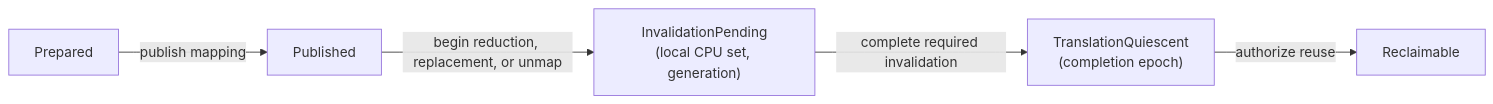
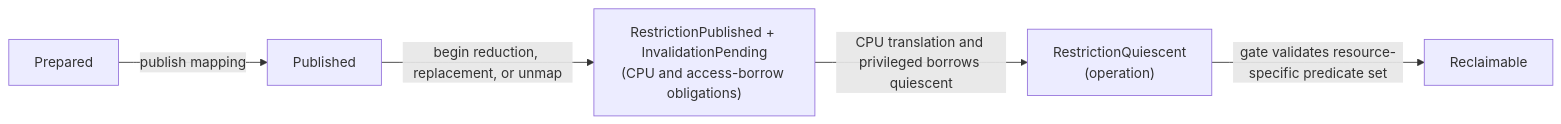
Before and after one commit to pcharbon70/atom-os-research: the second of 7 diagrams in 20-notes/kernel-hardware-and-architecture-support-layer.md, drawn with Mermaid. The commit also changed other lines of this file and 43 other files, not shown here.

Commit message:
research: deepen address translation architecture

````diff
--- a/20-notes/kernel-hardware-and-architecture-support-layer.md
+++ b/20-notes/kernel-hardware-and-architecture-support-layer.md
@@ -506,7 +508,7 @@
 ```mermaid
 flowchart LR
   prepared["Prepared"] -->|"publish mapping"| published["Published"]
-  published -->|"begin reduction, replacement, or unmap"| pending["InvalidationPending<br/>(local CPU set, generation)"]
-  pending -->|"complete required invalidation"| quiescent["TranslationQuiescent<br/>(completion epoch)"]
-  quiescent -->|"authorize reuse"| reclaimable["Reclaimable"]
+  published -->|"begin reduction, replacement, or unmap"| pending["RestrictionPublished + InvalidationPending<br/>(CPU and access-borrow obligations)"]
+  pending -->|"CPU translation and privileged borrows quiescent"| quiescent["RestrictionQuiescent<br/>(operation)"]
+  quiescent -->|"gate validates resource-specific predicate set"| reclaimable["Reclaimable"]
 ```
````
